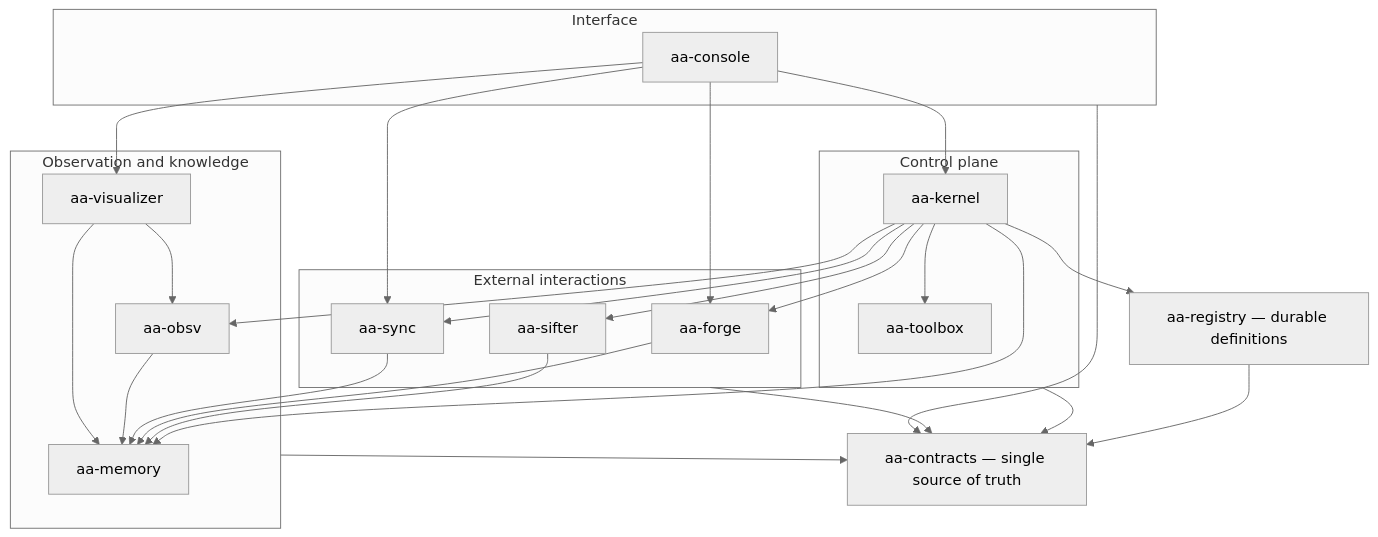
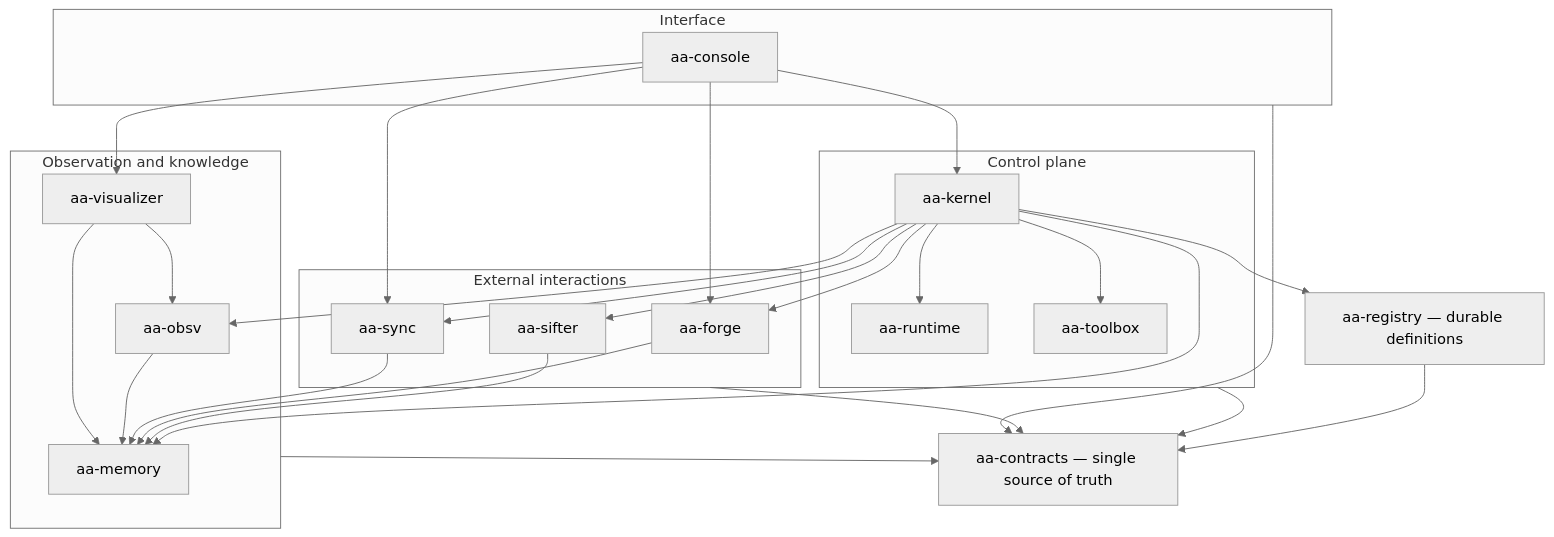
The second of 6 diagrams in docs/architecture/README.md (greadee/aa), drawn with Mermaid (neutral theme) before and after one commit. The commit also changed other lines of this file and 30 other files, not shown here.

````diff
--- a/docs/architecture/README.md
+++ b/docs/architecture/README.md
@@ -135,45 +135,47 @@
 ```mermaid
 flowchart TB
     subgraph UX["Interface"]
         console["aa-console"]
     end
     subgraph Control["Control plane"]
         kernel["aa-kernel"]
+        runtime["aa-runtime"]
         toolbox["aa-toolbox"]
     end
     subgraph World["External interactions"]
         forge["aa-forge"]
         sync["aa-sync"]
         sifter["aa-sifter"]
     end
     subgraph Knowledge["Observation and knowledge"]
         obsv["aa-obsv"]
         memory["aa-memory"]
         visualizer["aa-visualizer"]
     end
     registry["aa-registry — durable definitions"]
     contracts["aa-contracts — single source of truth"]
 
     console --> kernel
     console --> visualizer
     console --> forge
     console --> sync
     kernel --> registry
+    kernel --> runtime
     kernel --> toolbox
     kernel --> obsv
     kernel --> memory
     kernel --> sifter
     kernel --> sync
     kernel --> forge
     sifter --> memory
     forge --> memory
     sync --> memory
     obsv --> memory
     visualizer --> obsv
     visualizer --> memory
     registry --> contracts
     Control --> contracts
     World --> contracts
     Knowledge --> contracts
     UX --> contracts
 ```
````
